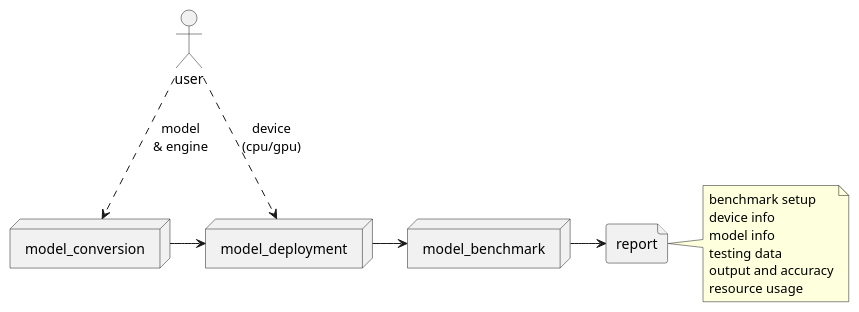
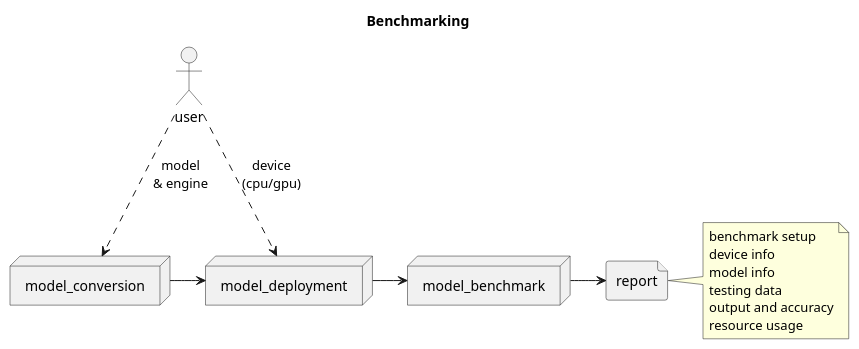
Before and after one commit to Jason-cs18/e2e-detection: the diagram in media/pipeline.md, drawn with PlantUML. The commit also changed 3 other files, not shown here.

```diff
--- a/media/pipeline.md
+++ b/media/pipeline.md
@@ -1,21 +1,22 @@
 @startuml
+title: Benchmarking
 actor user
 node model_conversion
 node model_deployment
 node model_benchmark
 file report
 note right of report
 benchmark setup
 device info
 model info
 testing data
 output and accuracy
 resource usage
 end note
 
 user -[dashed]-> model_conversion: model\n& engine
 user -[dashed]-> model_deployment: device\n(cpu/gpu)
 model_conversion -> model_deployment
 model_deployment -> model_benchmark
 model_benchmark -> report
 @enduml
```
